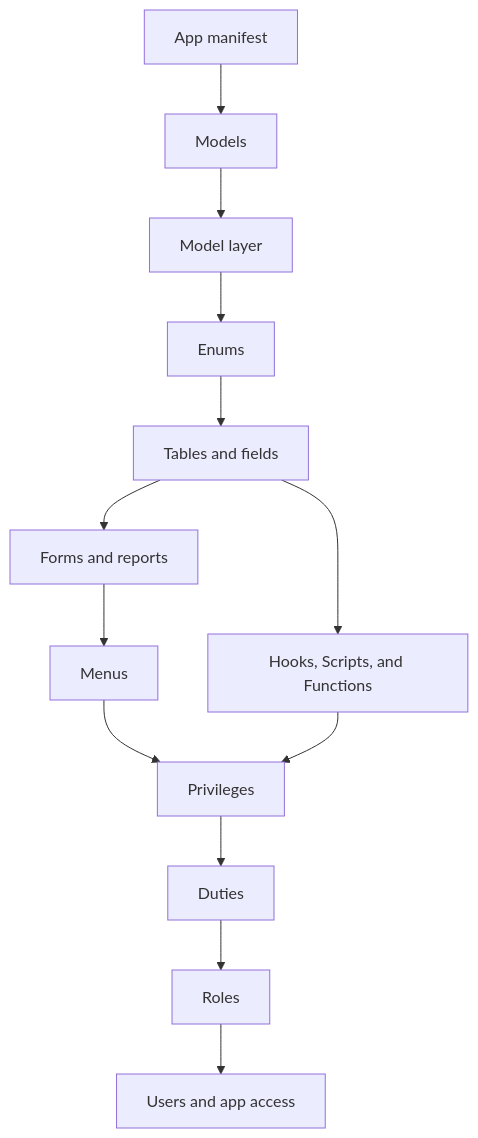
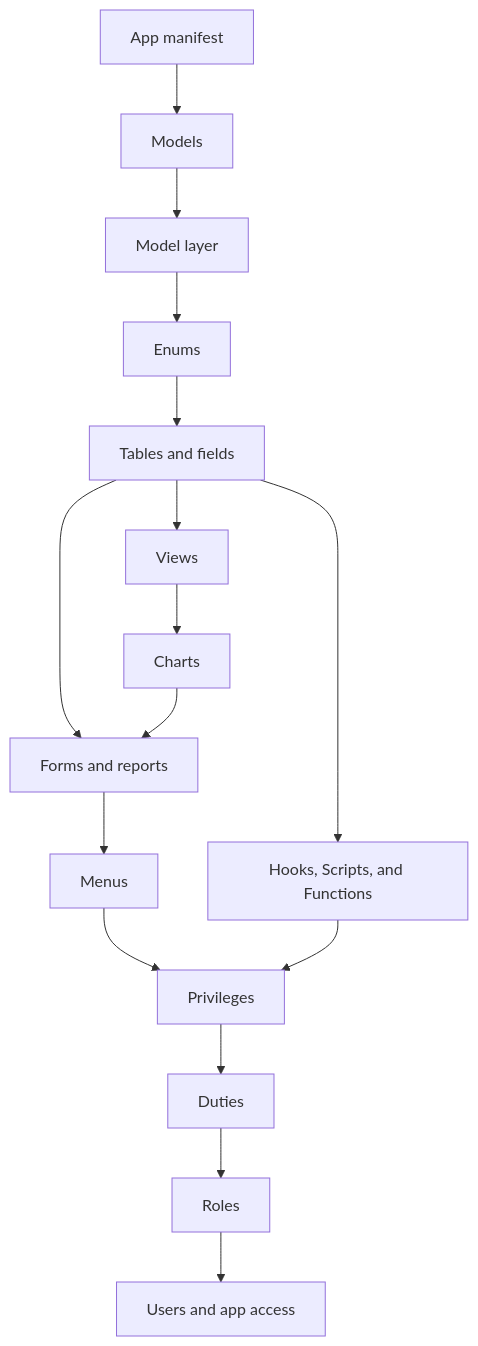
The diagram in developer/application-workflow.md (emu479p01/emu-framework-docs), drawn with Mermaid before and after one commit. The commit also changed other lines of this file and 16 other files, not shown here.

````diff
--- a/developer/application-workflow.md
+++ b/developer/application-workflow.md
@@ -15,15 +15,18 @@
 ```mermaid
 flowchart TD
     A[App manifest] --> M[Models]
     M --> L[Model layer]
     L --> B[Enums]
     B --> C[Tables and fields]
+    C --> V[Views]
+    V --> Z[Charts]
     C --> D[Forms and reports]
+    Z --> D
     D --> E[Menus]
     E --> F[Privileges]
     F --> G[Duties]
     G --> H[Roles]
     H --> I[Users and app access]
     C --> J[Hooks, Scripts, and Functions]
     J --> F
 ```
````
